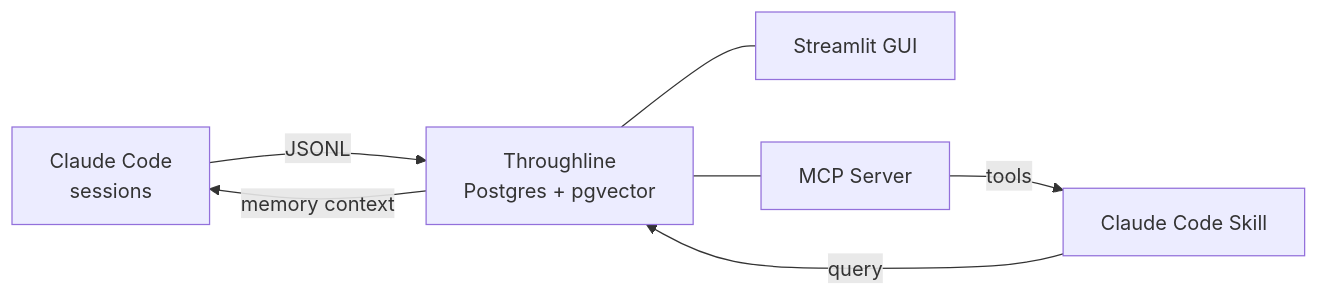
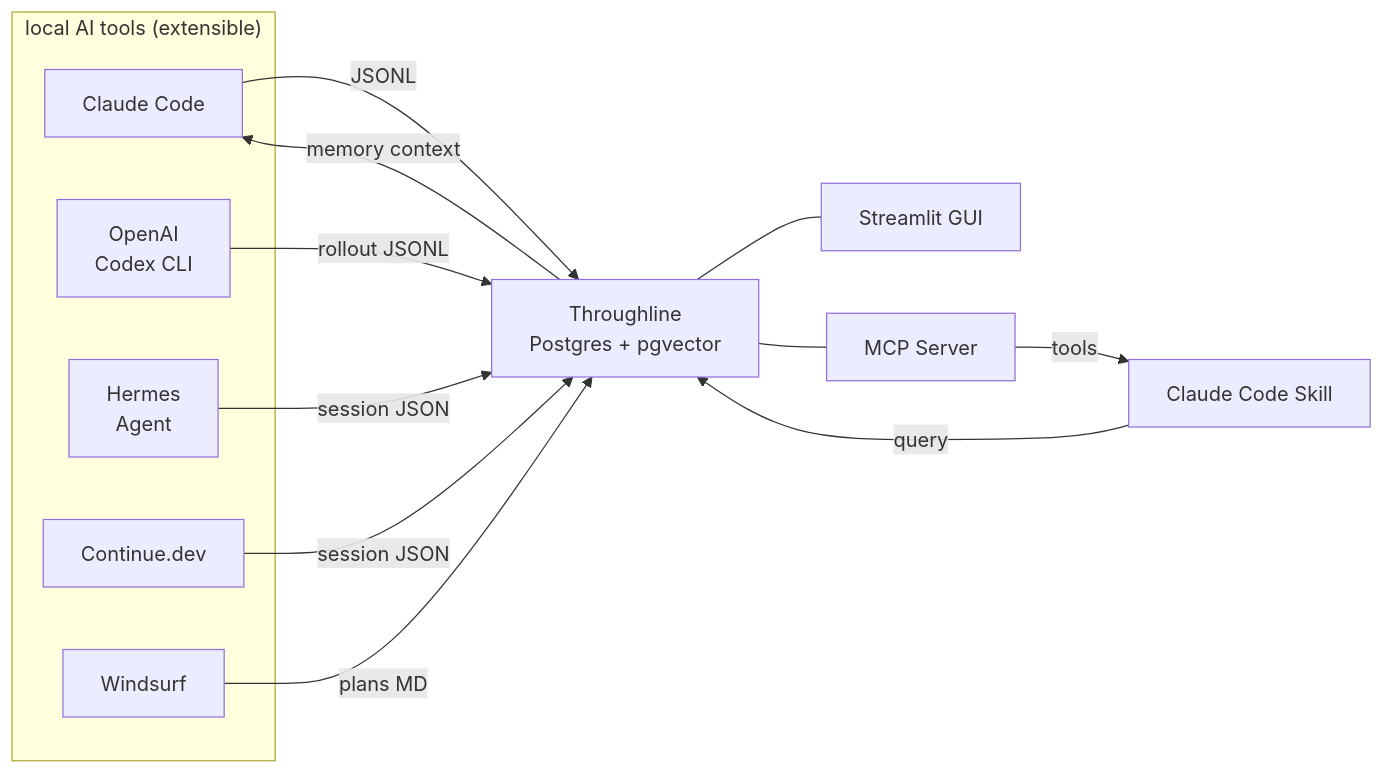
One commit to mkupermann/throughline changed the first of 3 diagrams in README.md. Above: the diagram before and after it, drawn with Mermaid. The commit also changed other lines of this file, not shown here.

````diff
--- a/README.md
+++ b/README.md
@@ -47,15 +47,25 @@
 ```mermaid
 flowchart LR
-    C["Claude Code<br/>sessions"]
+    subgraph Sources ["local AI tools (extensible)"]
+        C["Claude Code"]
+        X["OpenAI<br/>Codex CLI"]
+        H["Hermes<br/>Agent"]
+        N["Continue.dev"]
+        W["Windsurf"]
+    end
     T["Throughline<br/>Postgres + pgvector"]
     G["Streamlit GUI"]
     M["MCP Server"]
     S["Claude Code Skill"]
 
-    C -- JSONL --> T
-    T -- memory context --> C
+    C -- "JSONL" --> T
+    X -- "rollout JSONL" --> T
+    H -- "session JSON" --> T
+    N -- "session JSON" --> T
+    W -- "plans MD" --> T
+    T -- "memory context" --> C
     T --- G
     T --- M
-    S -- query --> T
-    M -- tools --> S
+    S -- "query" --> T
+    M -- "tools" --> S
 ```
````
